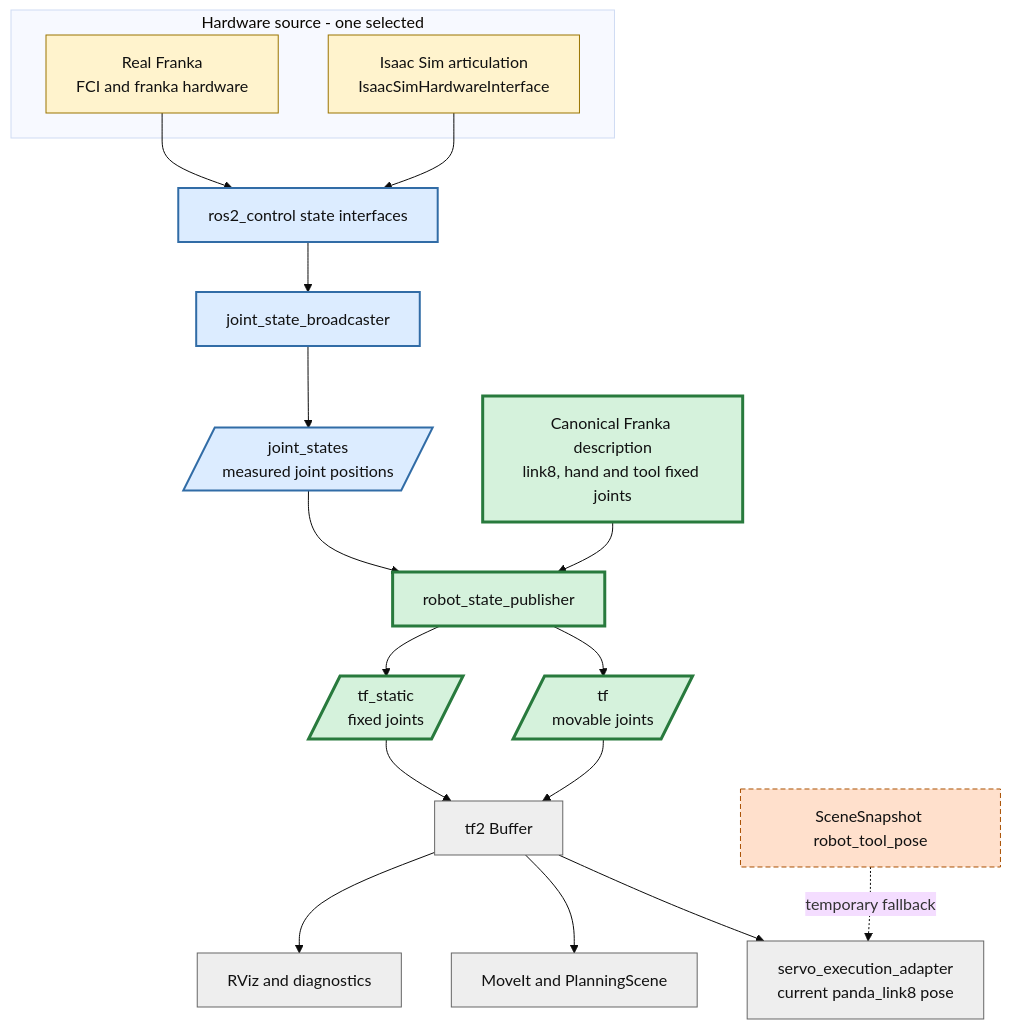
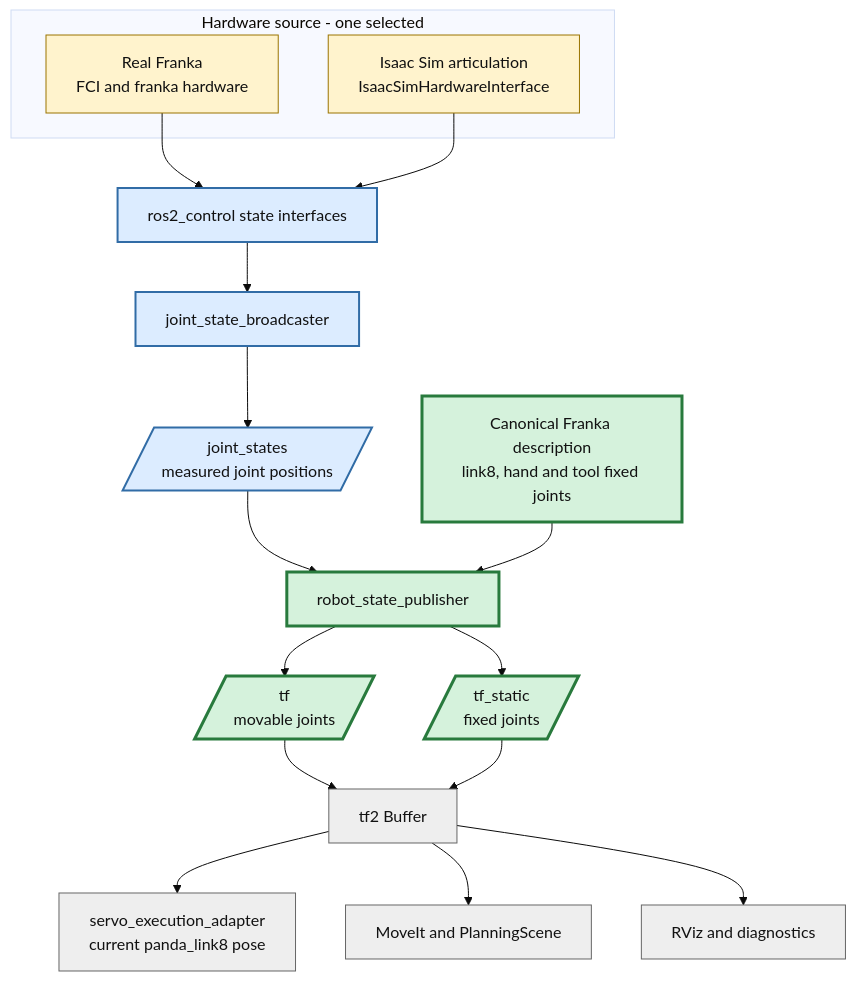
One commit to akodama428/trial_issac_sim changed the first of 2 diagrams in docs/reports/physics_levelup/step3-4_robot_tf_publication_architecture.md. Above: the diagram before and after it, drawn with Mermaid (base theme). The commit also changed other lines of this file and 12 other files, not shown here.

````diff
--- a/docs/reports/physics_levelup/step3-4_robot_tf_publication_architecture.md
+++ b/docs/reports/physics_levelup/step3-4_robot_tf_publication_architecture.md
@@ -40,33 +40,30 @@
 ```mermaid
 flowchart TB
   classDef source fill:#fff3cd,stroke:#9a7400,color:#111
   classDef robot fill:#dcecff,stroke:#316ca6,stroke-width:2px,color:#111
   classDef tf fill:#d5f2dc,stroke:#287a3d,stroke-width:3px,color:#111
   classDef consumer fill:#eee,stroke:#666,color:#111
-  classDef fallback fill:#ffe0cc,stroke:#a95000,stroke-dasharray:5 3,color:#111
 
   subgraph Source[Hardware source - one selected]
     Real[Real Franka<br/>FCI and franka hardware]:::source
     Sim[Isaac Sim articulation<br/>IsaacSimHardwareInterface]:::source
   end
 
   Real --> State[ros2_control state interfaces]:::robot
   Sim --> State
   State --> JSB[joint_state_broadcaster]:::robot
   JSB --> Joint[/joint_states<br/>measured joint positions/]:::robot
 
   Model[Canonical Franka description<br/>link8, hand and tool fixed joints]:::tf
   Joint --> RSP[robot_state_publisher]:::tf
   Model --> RSP
   RSP --> Dynamic[/tf<br/>movable joints/]:::tf
   RSP --> Static[/tf_static<br/>fixed joints/]:::tf
 
   Dynamic --> Buffer[tf2 Buffer]:::consumer
   Static --> Buffer
   Buffer --> Servo[servo_execution_adapter<br/>current panda_link8 pose]:::consumer
   Buffer --> MoveIt[MoveIt and PlanningScene]:::consumer
   Buffer --> Viz[RViz and diagnostics]:::consumer
 
-  Snapshot[SceneSnapshot robot_tool_pose]:::fallback
-  Snapshot -. temporary fallback .-> Servo
 ```
````
